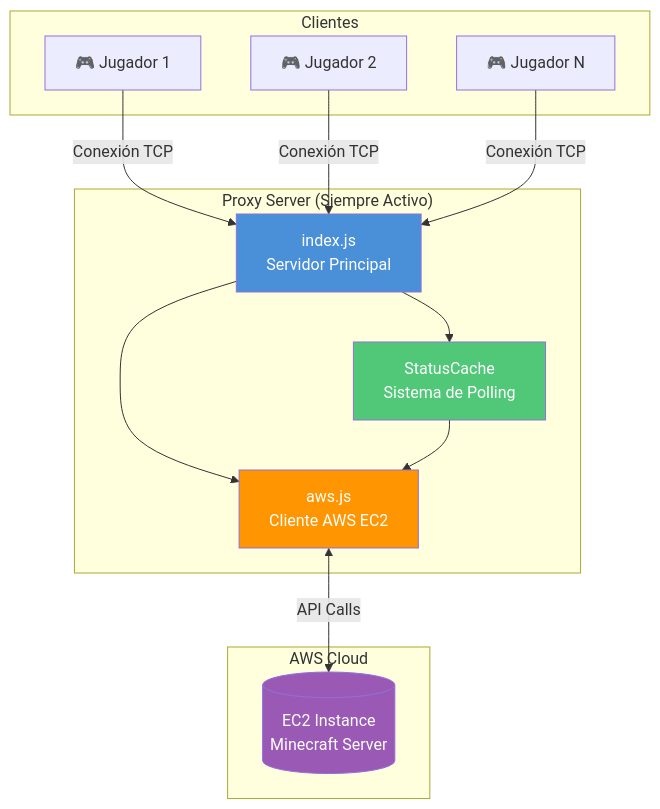
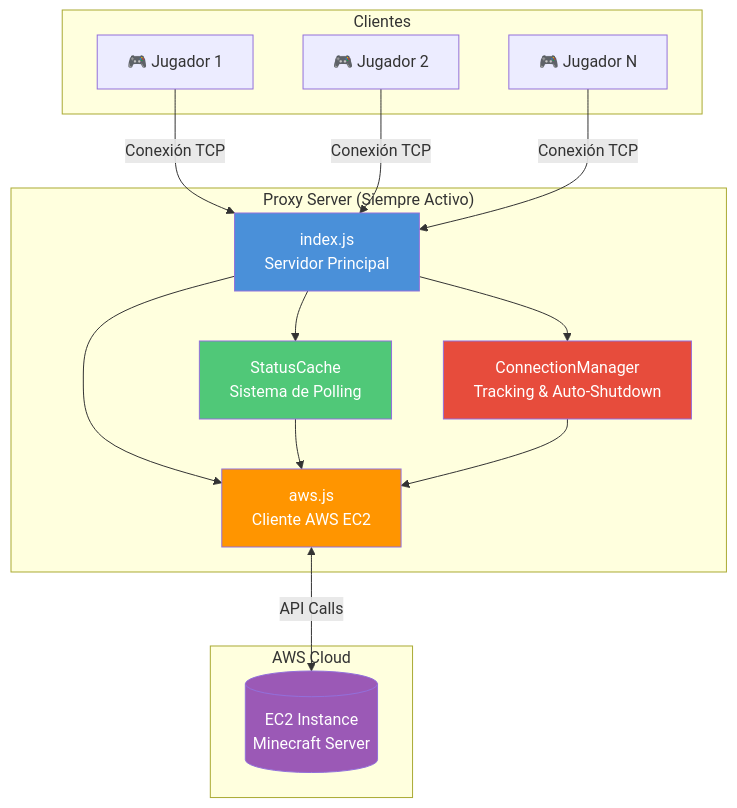
Before and after one commit to riosisraelg/minecraftServer: the first of 6 diagrams in docs/PROXY-MONITORING.md, drawn with Mermaid. The commit also changed other lines of this file and 7 other files, not shown here.

Commit message:
feat: add auto-shutdown and update docs

````diff
--- a/docs/PROXY-MONITORING.md
+++ b/docs/PROXY-MONITORING.md
@@ -31,26 +32,29 @@
 ```mermaid
 graph TB
     subgraph "Proxy Server (Siempre Activo)"
         A[index.js<br/>Servidor Principal] --> B[StatusCache<br/>Sistema de Polling]
         A --> C[aws.js<br/>Cliente AWS EC2]
+        A --> CM[ConnectionManager<br/>Tracking & Auto-Shutdown]
         B --> C
+        CM --> C
     end
 
     subgraph "AWS Cloud"
         D[(EC2 Instance<br/>Minecraft Server)]
     end
 
     subgraph "Clientes"
         E[🎮 Jugador 1]
         F[🎮 Jugador 2]
         G[🎮 Jugador N]
     end
 
     C <-->|API Calls| D
     E & F & G -->|Conexión TCP| A
 
     style A fill:#4a90d9,color:#fff
     style B fill:#50c878,color:#fff
     style C fill:#ff9500,color:#fff
+    style CM fill:#e74c3c,color:#fff
     style D fill:#9b59b6,color:#fff
 ```
````
